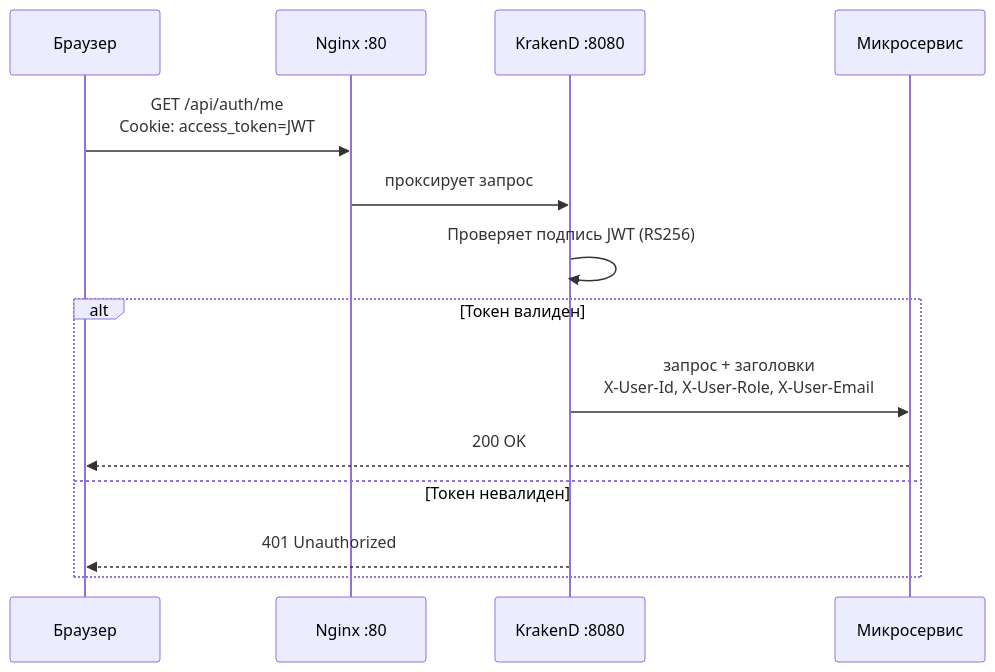
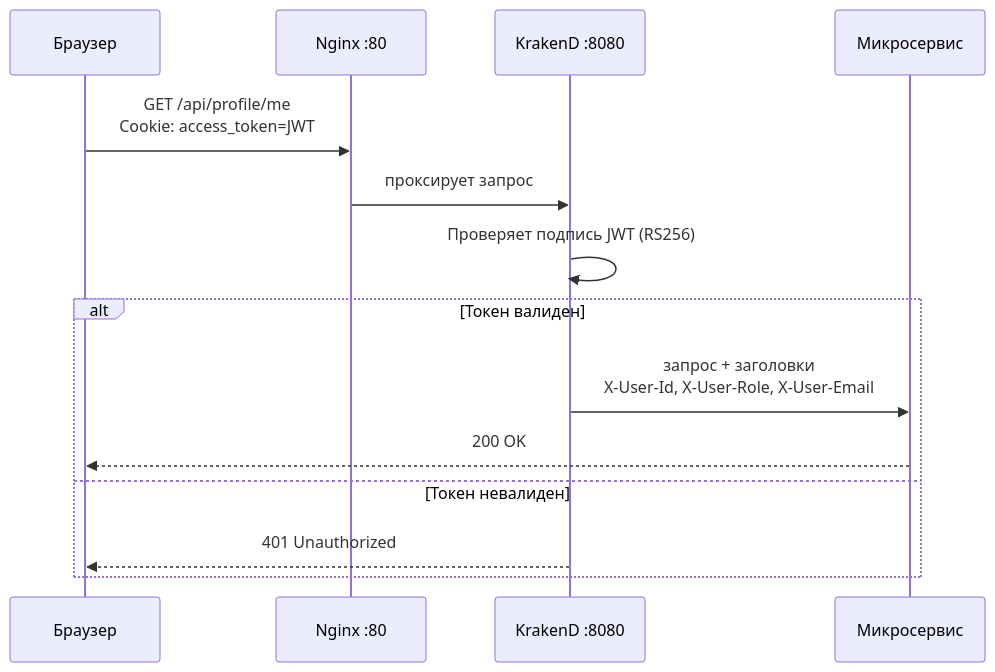
The fourth of 4 diagrams in README.md (mindcoree/LoreLounge), drawn with Mermaid before and after one commit. The commit also changed other lines of this file and 6 other files, not shown here.

````diff
--- a/README.md
+++ b/README.md
@@ -321,17 +339,17 @@
 ```mermaid
 sequenceDiagram
     participant B as Браузер
     participant N as Nginx :80
     participant K as KrakenD :8080
     participant S as Микросервис
 
-    B->>N: GET /api/auth/me<br/>Cookie: access_token=JWT
+    B->>N: GET /api/profile/me<br/>Cookie: access_token=JWT
     N->>K: проксирует запрос
     K->>K: Проверяет подпись JWT (RS256)
     alt Токен валиден
         K->>S: запрос + заголовки<br/>X-User-Id, X-User-Role, X-User-Email
         S-->>B: 200 OK
     else Токен невалиден
         K-->>B: 401 Unauthorized
     end
 ```
````
